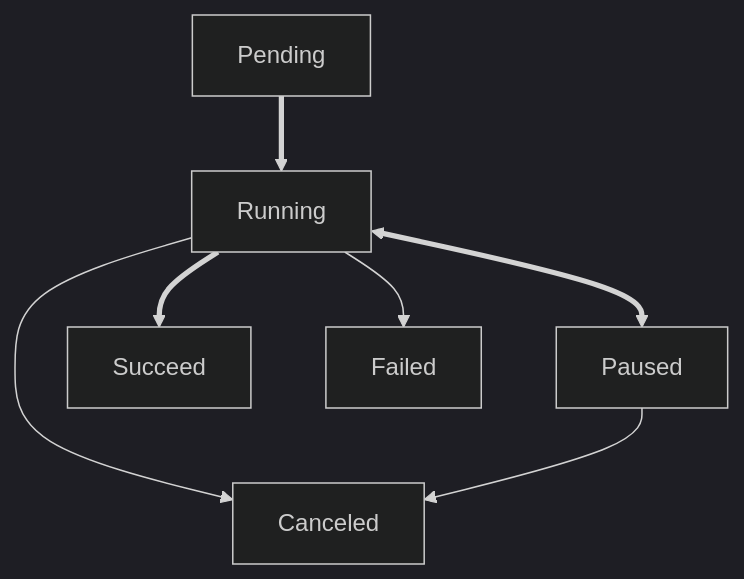
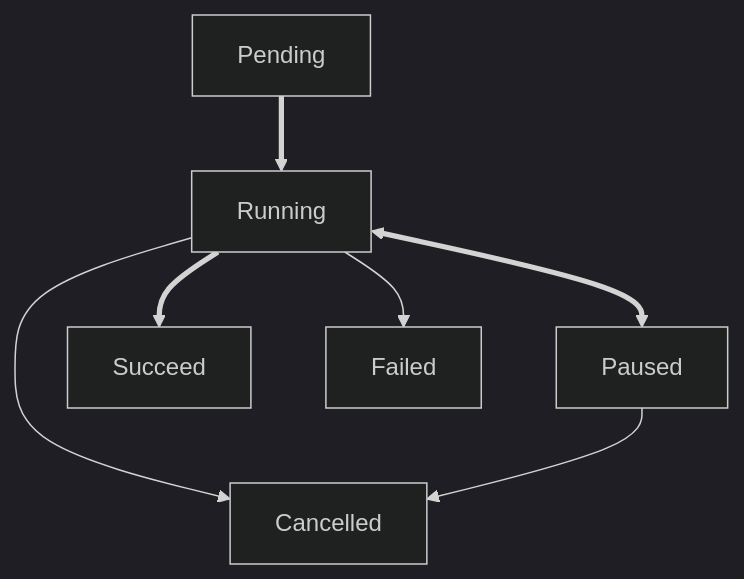
Before and after one commit to Leawind/tuzk-ts: the diagram in README.md, drawn with Mermaid (dark theme). The commit also changed other lines of this file and 9 other files, not shown here.

````diff
--- a/README.md
+++ b/README.md
@@ -65,12 +65,12 @@
 ```mermaid
 flowchart TB
 	Pending ==> Running
 
 	Running <==> Paused
 
 	Running ==> Succeed
 	Running --> Failed
 
-	Running --> Canceled
-	Paused --> Canceled
+	Running --> Cancelled
+	Paused --> Cancelled
 ```
````
